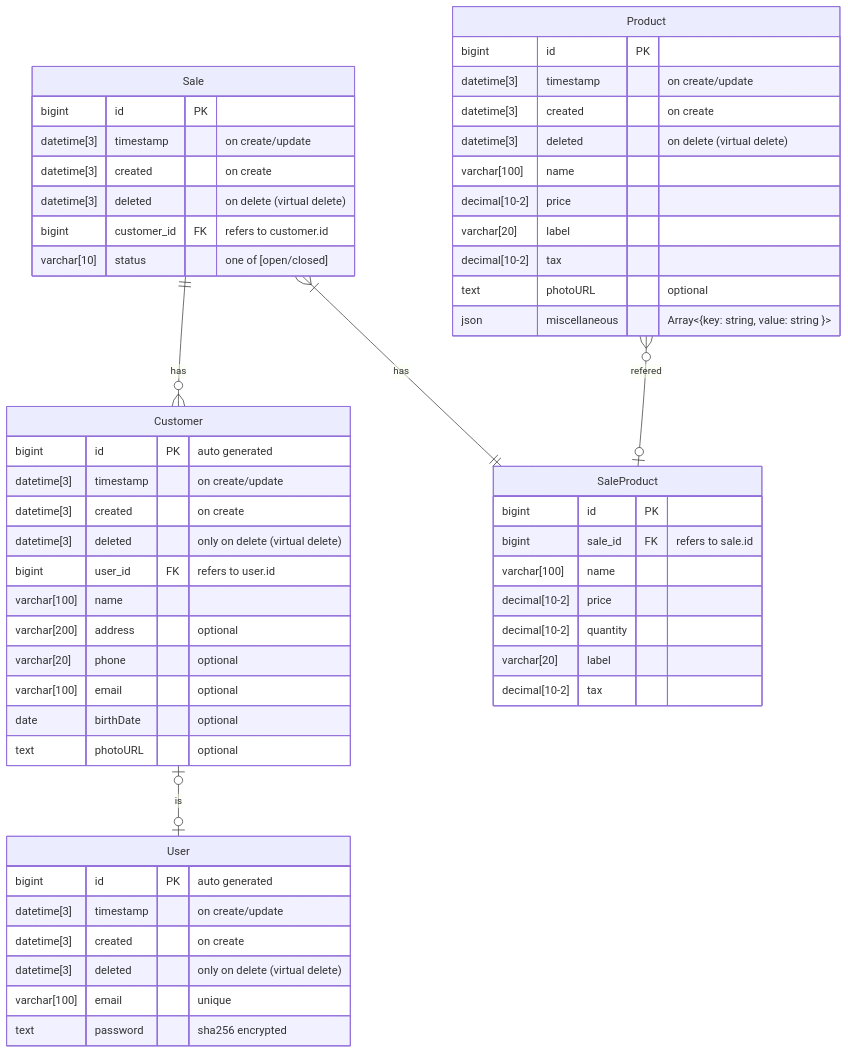
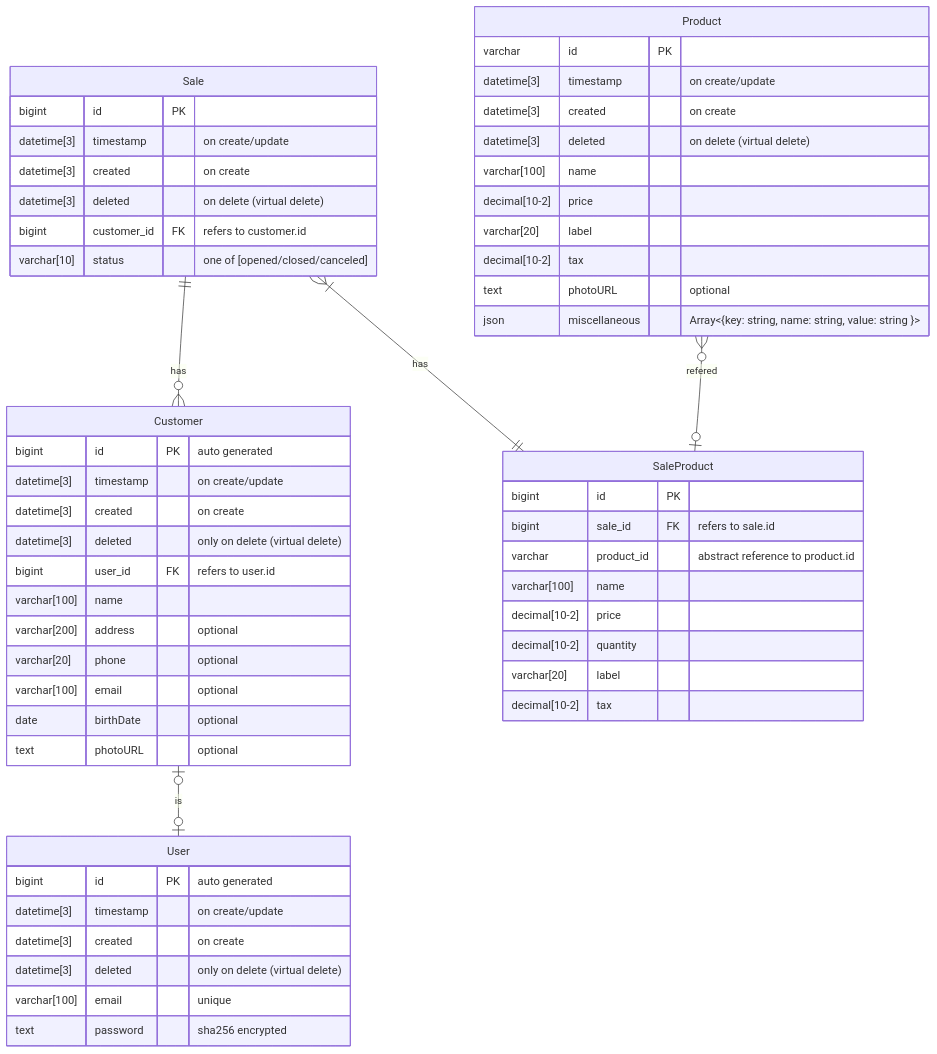
One commit to RegislaineRegis/inovia-backend-1 changed the diagram in README.mdx. Above: the diagram before and after it, drawn with Mermaid. The commit also changed other lines of this file, not shown here.

Commit message:
chore: finishing DER

````diff
--- a/README.mdx
+++ b/README.mdx
@@ -26,57 +29,58 @@
 ```mermaid
 erDiagram
   Customer |o--o| User: is
   Sale }|--|| SaleProduct: has
   Sale ||--o{ Customer: has
   Product }o--o| SaleProduct: "refered"
   User {
     bigint       id PK     "auto generated"
     datetime[3]  timestamp "on create/update"
     datetime[3]  created   "on create"
     datetime[3]  deleted   "only on delete (virtual delete)"
     varchar[100] email     "unique"
     text         password  "sha256 encrypted"
   }
   Customer {
     bigint       id        PK "auto generated"
     datetime[3]  timestamp    "on create/update"
     datetime[3]  created      "on create"
     datetime[3]  deleted      "only on delete (virtual delete)"
     bigint       user_id   FK "refers to user.id"
     varchar[100] name
     varchar[200] address      "optional"
     varchar[20]  phone        "optional"
     varchar[100] email        "optional"
     date         birthDate    "optional"
     text         photoURL     "optional"
   }
   Product {
-    bigint        id            PK
+    varchar       id            PK
     datetime[3]   timestamp        "on create/update"
     datetime[3]   created          "on create"
     datetime[3]   deleted          "on delete (virtual delete)"
     varchar[100]  name
     decimal[10-2] price
     varchar[20]   label
     decimal[10-2] tax
     text          photoURL         "optional"
-    json          miscellaneous    "Array<{key: string, value: string }>"
+    json          miscellaneous    "Array<{key: string, name: string, value: string }>"
   }
   Sale {
     bigint      id          PK
     datetime[3] timestamp      "on create/update"
     datetime[3] created        "on create"
     datetime[3] deleted        "on delete (virtual delete)"
     bigint      customer_id FK "refers to customer.id"
-    varchar[10] status         "one of [open/closed]"
+    varchar[10] status         "one of [opened/closed/canceled]"
   }
   SaleProduct {
-    bigint        id      PK
-    bigint        sale_id FK "refers to sale.id"
+    bigint        id         PK
+    bigint        sale_id    FK "refers to sale.id"
+    varchar       product_id    "abstract reference to product.id"
     varchar[100]  name
     decimal[10-2] price
     decimal[10-2] quantity
     varchar[20]   label
     decimal[10-2] tax
   }
 ```
````
